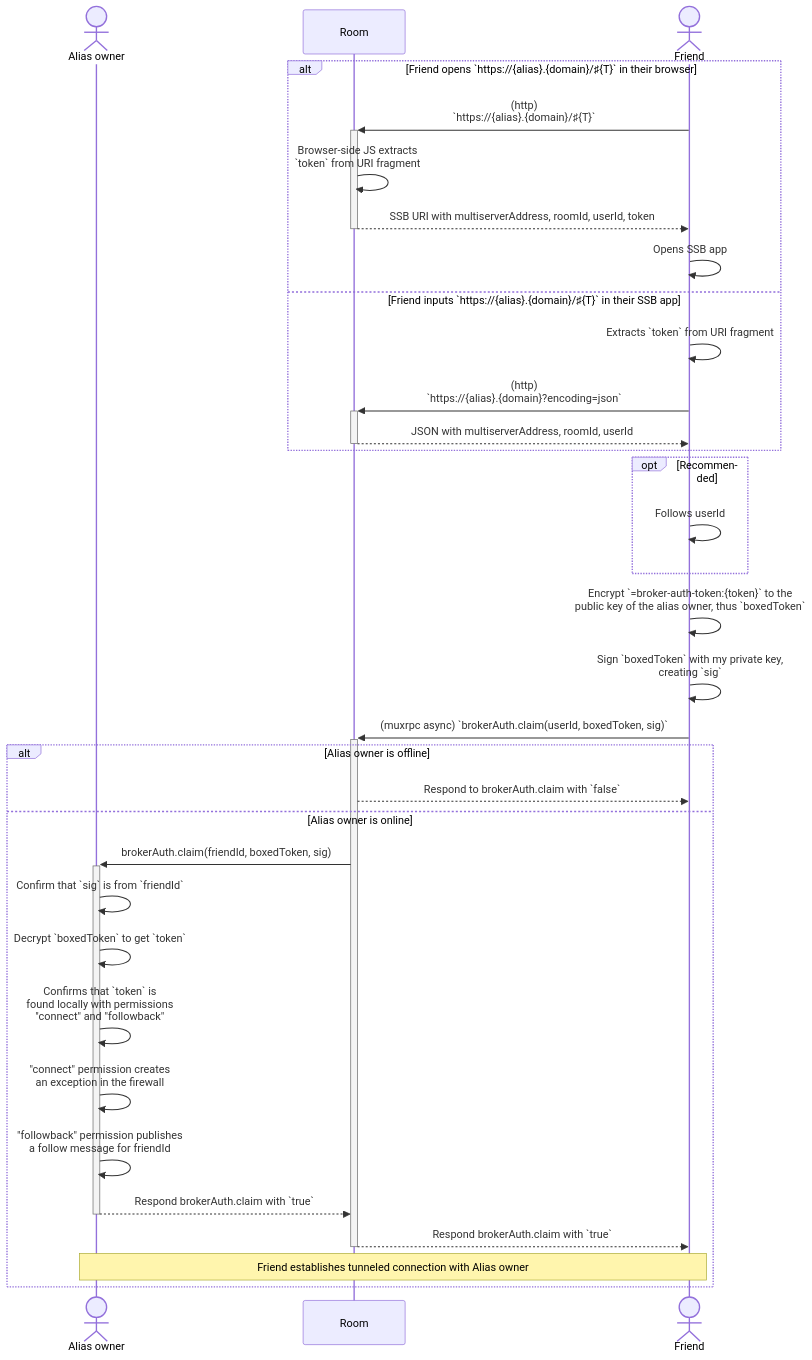
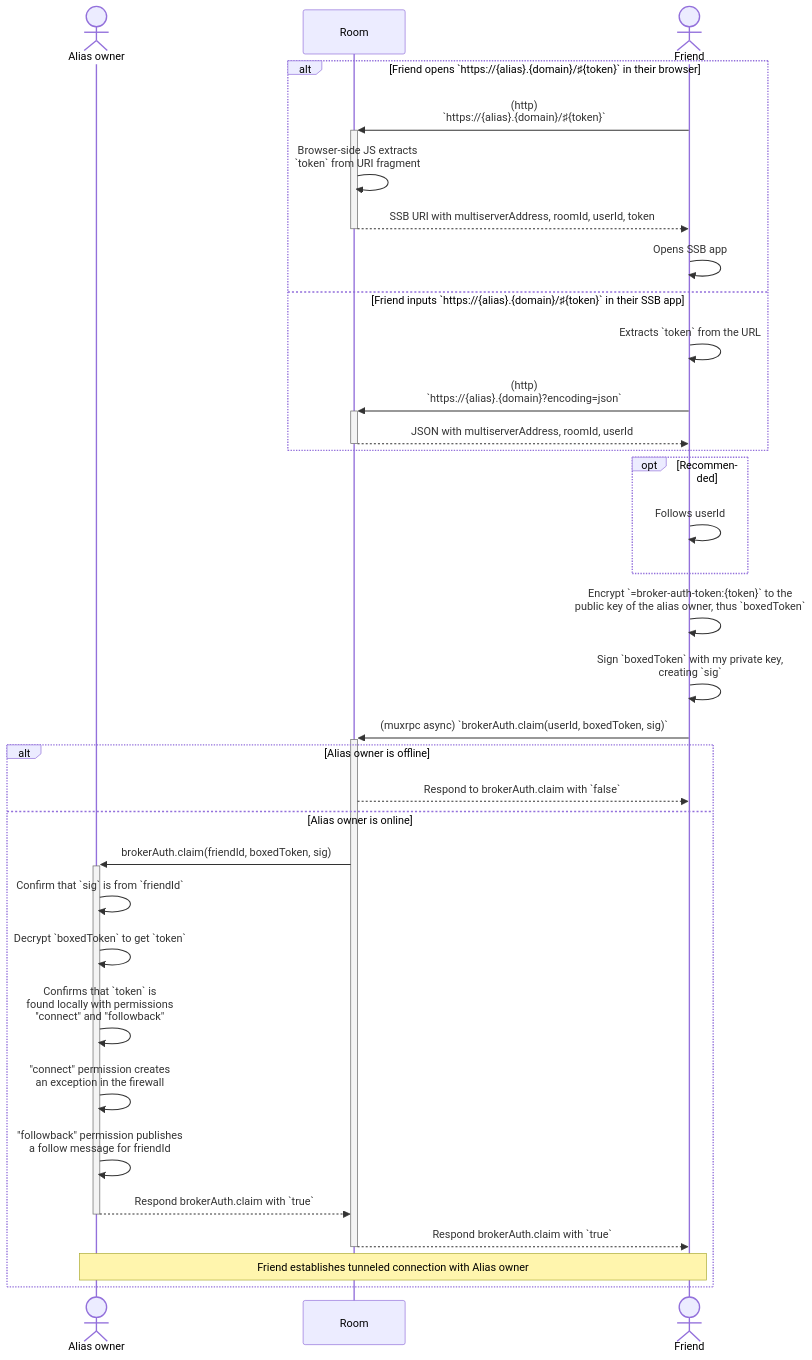
Before and after one commit to staltz/ssb-room-broker-auth-spec: the second of 4 diagrams in content.md, drawn with Mermaid. The commit also changed other lines of this file and 1 other file, not shown here.

Commit message:
replace T with token

````diff
--- a/content.md
+++ b/content.md
@@ -46,40 +46,40 @@
 ```mermaid
 sequenceDiagram
   actor A as Alias owner
   participant R as Room
   actor B as Friend
 
-  alt Friend opens `https://{alias}.{domain}/♯{T}` in their browser
-    B->>+R: (http) <br/>`https://{alias}.{domain}/♯{T}`
+  alt Friend opens `https://{alias}.{domain}/♯{token}` in their browser
+    B->>+R: (http) <br/>`https://{alias}.{domain}/♯{token}`
     R->>R: Browser-side JS extracts<br/>`token` from URI fragment
     R-->>-B: SSB URI with multiserverAddress, roomId, userId, token
     B->>B: Opens SSB app
-  else Friend inputs `https://{alias}.{domain}/♯{T}` in their SSB app
-    B->>B: Extracts `token` from URI fragment
+  else Friend inputs `https://{alias}.{domain}/♯{token}` in their SSB app
+    B->>B: Extracts `token` from the URL
     B->>+R: (http) <br/>`https://{alias}.{domain}?encoding=json`
     R-->>-B: JSON with multiserverAddress, roomId, userId
   end
 
   opt Recommended
    B->>B: Follows userId
   end
 
   B->>B: Encrypt `=broker-auth-token:{token}` to the<br/>public key of the alias owner, thus `boxedToken`
   B->>B: Sign `boxedToken` with my private key,<br/>creating `sig`
   B->>+R: (muxrpc async) `brokerAuth.claim(userId, boxedToken, sig)`
 
   alt Alias owner is offline
     R-->>B: Respond to brokerAuth.claim with `false`
   else Alias owner is online
     R->>+A: brokerAuth.claim(friendId, boxedToken, sig)
     A->>A: Confirm that `sig` is from `friendId`
     A->>A: Decrypt `boxedToken` to get `token`
     A->>A: Confirms that `token` is<br/>found locally with permissions<br/>"connect" and "followback"
     A->>A: "connect" permission creates<br/>an exception in the firewall
     A->>A: "followback" permission publishes<br/>a follow message for friendId
     A-->>-R: Respond brokerAuth.claim with `true`
     R-->>-B: Respond brokerAuth.claim with `true`
 
     note over A,B: Friend establishes tunneled connection with Alias owner
   end
 ```
````
